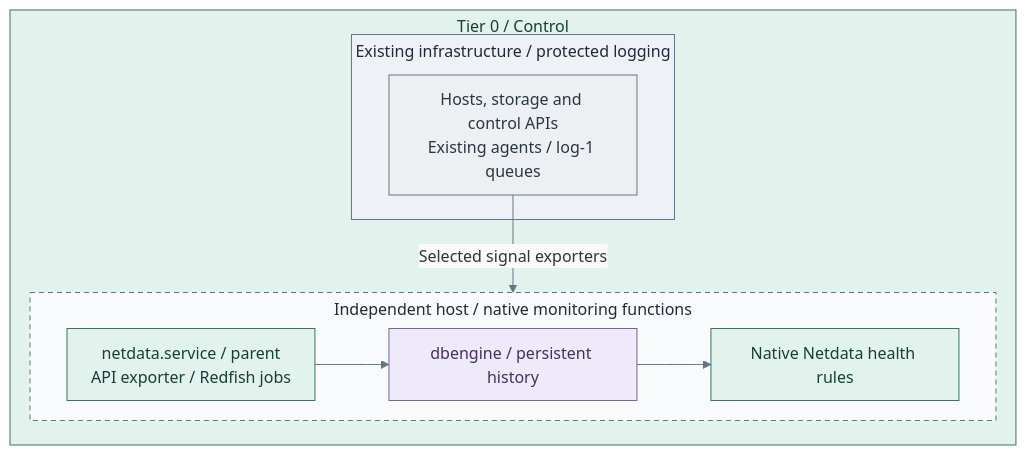
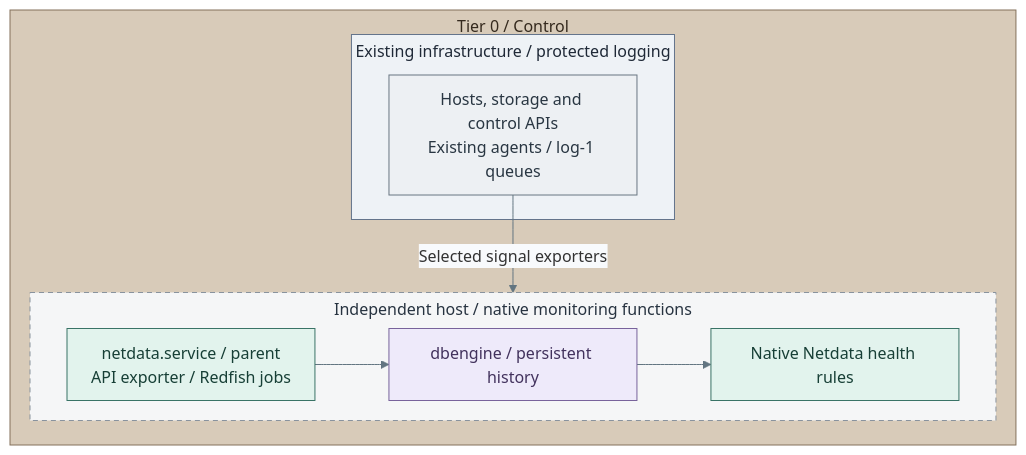
One commit to Rexus/homelab changed the second of 3 diagrams in docs/03-deployment/stage-6-secrets/procedures/independent-monitoring.md. Above: the diagram before and after it, drawn with Mermaid. The commit also changed other lines of this file and 108 other files, not shown here.

Commit message:
docs(diagrams): unify visual language and opening views

````diff
--- a/docs/03-deployment/stage-6-secrets/procedures/independent-monitoring.md
+++ b/docs/03-deployment/stage-6-secrets/procedures/independent-monitoring.md
@@ -196,27 +199,29 @@
 ```mermaid
 %%{init: {"theme":"base","flowchart":{"nodeSpacing":20,"rankSpacing":24,"padding":12,"subGraphTitleMargin":{"top":4,"bottom":12}},"themeVariables":{"lineColor":"#627581","edgeLabelBackground":"#f8fafc"}}}%%
 flowchart RL
   subgraph T0["Tier 0 / Control"]
     subgraph Existing["Existing infrastructure / protected logging"]
       Sources["Hosts, storage and control APIs<br/>Existing agents / log-1 queues"]
     end
     subgraph Project["Independent host / native monitoring functions"]
       Parent["netdata.service / parent<br/>API exporter / Redfish jobs"]
       Metrics["dbengine / persistent history"]
       Rules["Native Netdata health rules"]
       Parent --> Metrics --> Rules
     end
     Sources -->|Selected signal exporters| Project
   end
   classDef default fill:#f8fafc,stroke:#64748b,color:#1f2937
   classDef actor fill:#edf0f3,stroke:#697682,color:#293642
   classDef data fill:#eeeafa,stroke:#78639b,color:#42325d
   classDef control fill:#e2f3ed,stroke:#397366,color:#173f36
   classDef boundary fill:#eef2f6,stroke:#64748b,color:#1f2937
-  classDef replicas fill:#f8fafc,stroke:#64748b,color:#1f2937,stroke-dasharray:5 4
+  classDef replicas fill:#f5f6f7,stroke:#89939e,color:#273340,stroke-dasharray:5 4
   class Sources actor
   class Metrics data
-  class T0,Parent,Rules control
+  class Parent,Rules control
   class Existing boundary
   class Project replicas
+  classDef tier0 fill:#d8cbb9,stroke:#83715a,color:#352a1e
+  class T0 tier0
 ```
````
